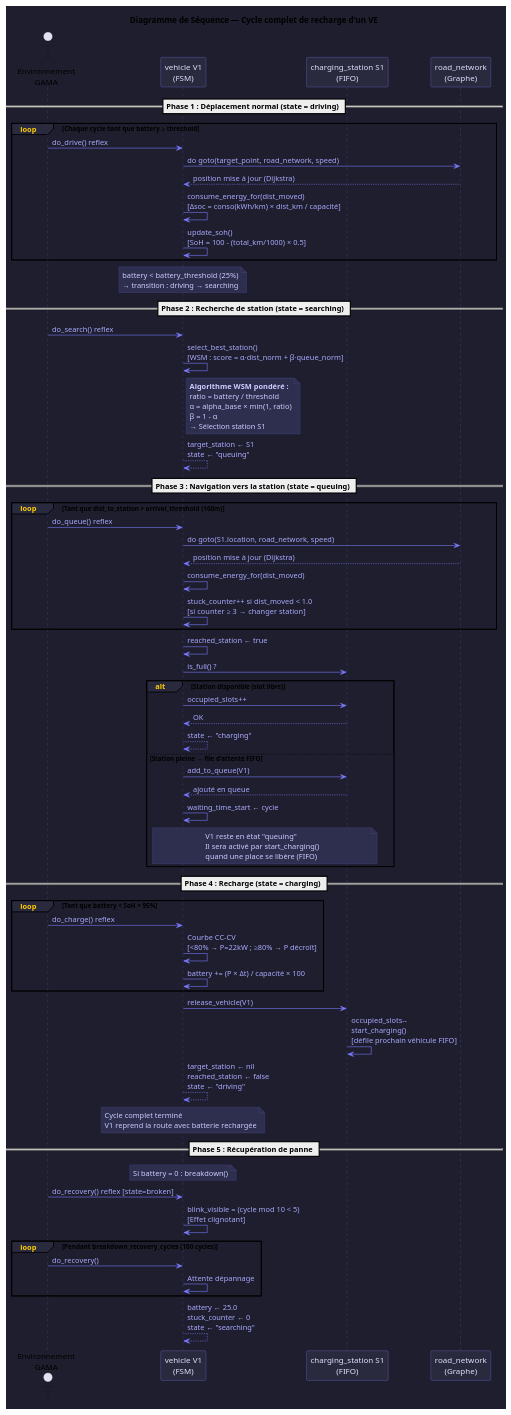
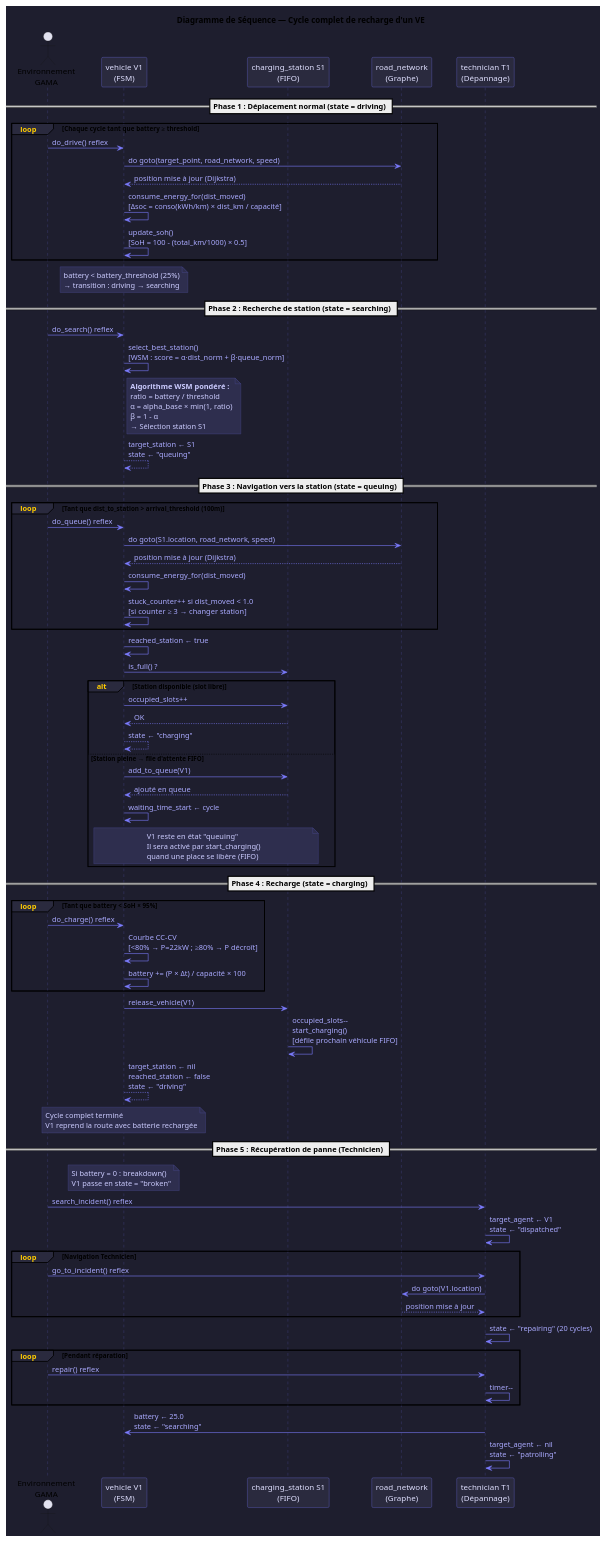
Before and after one commit to Tchoutouo/ev_charging_simulation: the diagram in diagrams/03_sequence_recharge.puml, drawn with PlantUML. The commit also changed 10 other files, not shown here.

```diff
--- a/diagrams/03_sequence_recharge.puml
+++ b/diagrams/03_sequence_recharge.puml
@@ -1,106 +1,116 @@
 @startuml 03_Sequence_Recharge
 
 skinparam backgroundColor #1E1E2E
 skinparam ParticipantBackgroundColor #2A2A3E
 skinparam ParticipantBorderColor #7C7CFF
 skinparam ParticipantFontColor #E0E0FF
 skinparam SequenceArrowColor #7C7CFF
 skinparam SequenceArrowFontColor #AAAAFF
 skinparam SequenceLifeLineBorderColor #5555AA
 skinparam SequenceGroupBackgroundColor #2A2A3E
 skinparam SequenceGroupBodyBackgroundColor #1E1E2E
 skinparam SequenceGroupHeaderFontColor #FFCC00
 skinparam NoteBackgroundColor #2E2E4E
 skinparam NoteBorderColor #5555AA
 skinparam NoteFontColor #CCCCFF
 
 title Diagramme de Séquence — Cycle complet de recharge d'un VE
 
 actor "Environnement\nGAMA" as ENV
 participant "vehicle V1\n(FSM)" as V
 participant "charging_station S1\n(FIFO)" as S
 participant "road_network\n(Graphe)" as G
+participant "technician T1\n(Dépannage)" as T
 
 == Phase 1 : Déplacement normal (state = driving) ==
 
 loop Chaque cycle tant que battery ≥ threshold
     ENV -> V : do_drive() reflex
     V -> G   : do goto(target_point, road_network, speed)
     G --> V  : position mise à jour (Dijkstra)
     V -> V   : consume_energy_for(dist_moved)\n[Δsoc = conso(kWh/km) × dist_km / capacité]
     V -> V   : update_soh()\n[SoH = 100 - (total_km/1000) × 0.5]
 end
 
 note over V : battery < battery_threshold (25%)\n→ transition : driving → searching
 
 == Phase 2 : Recherche de station (state = searching) ==
 
 ENV -> V : do_search() reflex
 V -> V   : select_best_station()\n[WSM : score = α·dist_norm + β·queue_norm]
 note right of V
   <b>Algorithme WSM pondéré :</b>
   ratio = battery / threshold
   α = alpha_base × min(1, ratio)
   β = 1 - α
   → Sélection station S1
 end note
 V --> V  : target_station ← S1\nstate ← "queuing"
 
 == Phase 3 : Navigation vers la station (state = queuing) ==
 
 loop Tant que dist_to_station > arrival_threshold (100m)
     ENV -> V : do_queue() reflex
     V -> G   : do goto(S1.location, road_network, speed)
     G --> V  : position mise à jour (Dijkstra)
     V -> V   : consume_energy_for(dist_moved)
     V -> V   : stuck_counter++ si dist_moved < 1.0\n[si counter ≥ 3 → changer station]
 end
 
 V -> V : reached_station ← true
 V -> S : is_full() ?
 
 alt Station disponible (slot libre)
     V -> S : occupied_slots++
     S --> V : OK
     V --> V : state ← "charging"
 
 else Station pleine → file d'attente FIFO
     V -> S : add_to_queue(V1)
     S --> V : ajouté en queue
     V -> V  : waiting_time_start ← cycle
     note over V, S
       V1 reste en état "queuing"
       Il sera activé par start_charging()
       quand une place se libère (FIFO)
     end note
 end
 
 == Phase 4 : Recharge (state = charging) ==
 
 loop Tant que battery < SoH × 95%
     ENV -> V : do_charge() reflex
     V -> V   : Courbe CC-CV\n[<80% → P=22kW ; ≥80% → P décroît]
     V -> V   : battery += (P × Δt) / capacité × 100
 end
 
 V -> S  : release_vehicle(V1)
 S -> S  : occupied_slots--\nstart_charging()\n[défile prochain véhicule FIFO]
 V --> V : target_station ← nil\nreached_station ← false\nstate ← "driving"
 
 note over V : Cycle complet terminé\nV1 reprend la route avec batterie rechargée
 
-== Phase 5 : Récupération de panne ==
+== Phase 5 : Récupération de panne (Technicien) ==
 
-note over V : Si battery = 0 : breakdown()
+note over V : Si battery = 0 : breakdown()\nV1 passe en state = "broken"
 
-ENV -> V : do_recovery() reflex [state=broken]
-V -> V   : blink_visible = (cycle mod 10 < 5)\n[Effet clignotant]
+ENV -> T : search_incident() reflex
+T -> T : target_agent ← V1\nstate ← "dispatched"
 
-loop Pendant breakdown_recovery_cycles (100 cycles)
-    ENV -> V : do_recovery()
-    V -> V   : Attente dépannage
+loop Navigation Technicien
+    ENV -> T : go_to_incident() reflex
+    T -> G : do goto(V1.location)
+    G --> T : position mise à jour
 end
 
-V --> V : battery ← 25.0\nstuck_counter ← 0\nstate ← "searching"
+T -> T : state ← "repairing" (20 cycles)
+
+loop Pendant réparation
+    ENV -> T : repair() reflex
+    T -> T : timer--
+end
+
+T -> V : battery ← 25.0\nstate ← "searching"
+T -> T : target_agent ← nil\nstate ← "patrolling"
 
 @enduml
```
